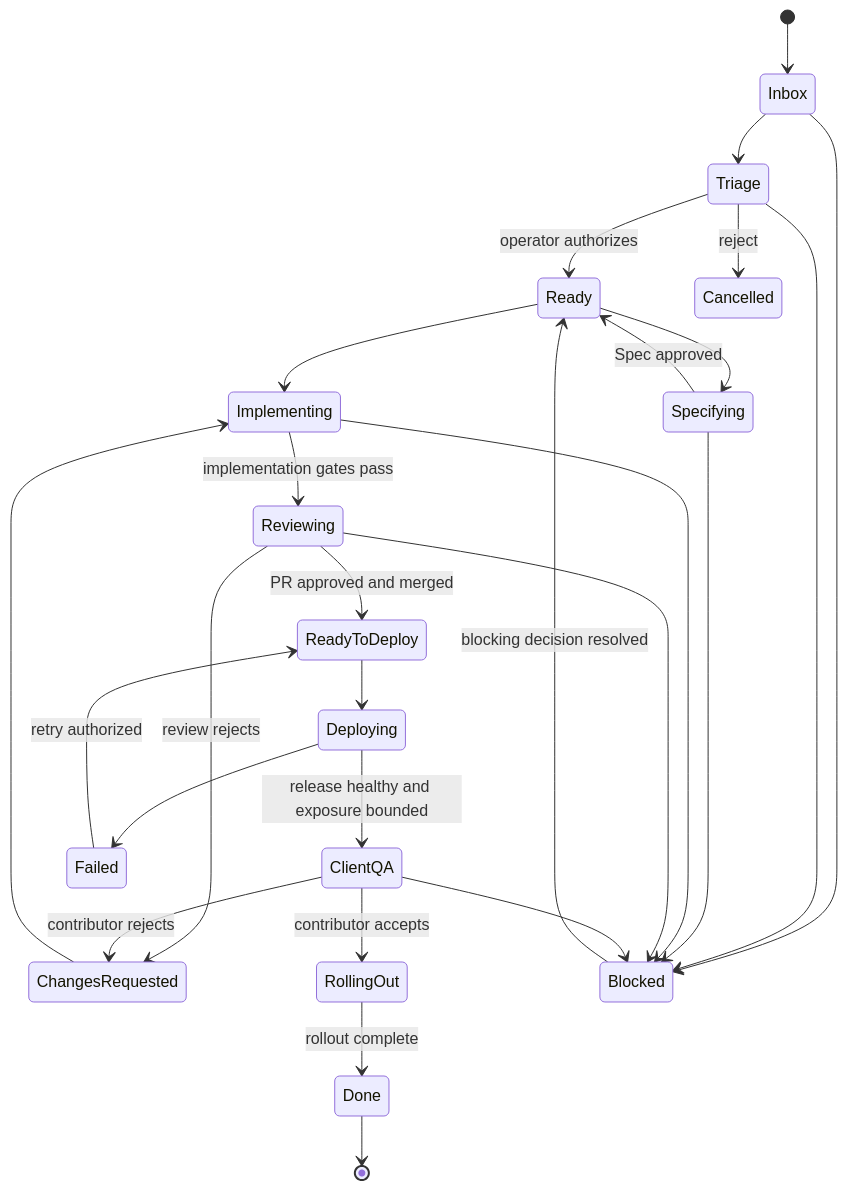
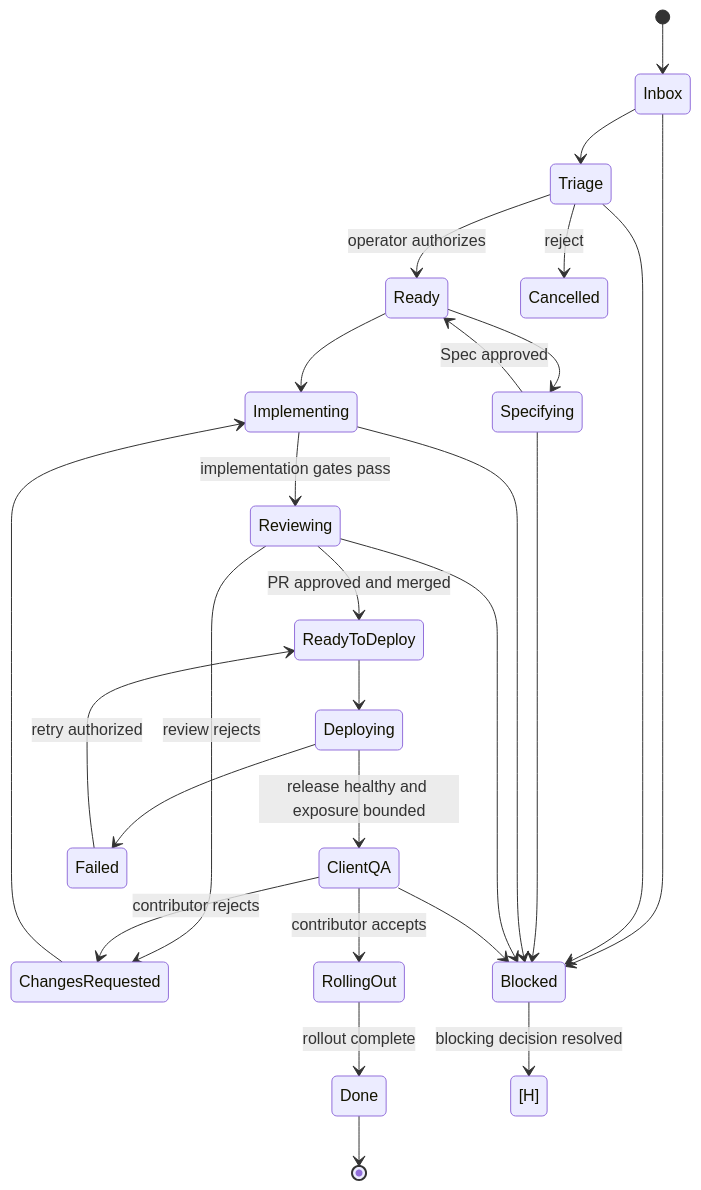
Before and after one commit to marceloamoreno87/workflow-dev-template: the first of 2 diagrams in docs/workflow.md, drawn with Mermaid. The commit also changed other lines of this file, not shown here.

Commit message:
docs(workflow): preserve blocked work state

````diff
--- a/docs/workflow.md
+++ b/docs/workflow.md
@@ -5,29 +5,29 @@
 ```mermaid
 stateDiagram-v2
     [*] --> Inbox
     Inbox --> Triage
     Triage --> Ready: operator authorizes
     Triage --> Cancelled: reject
     Ready --> Specifying
     Specifying --> Ready: Spec approved
     Ready --> Implementing
     Implementing --> Reviewing: implementation gates pass
     Reviewing --> ChangesRequested: review rejects
     ChangesRequested --> Implementing
     Reviewing --> ReadyToDeploy: PR approved and merged
     ReadyToDeploy --> Deploying
     Deploying --> ClientQA: release healthy and exposure bounded
     ClientQA --> ChangesRequested: contributor rejects
     ClientQA --> RollingOut: contributor accepts
     RollingOut --> Done: rollout complete
     Done --> [*]
     Inbox --> Blocked
     Triage --> Blocked
     Specifying --> Blocked
     Implementing --> Blocked
     Reviewing --> Blocked
     Deploying --> Failed
     ClientQA --> Blocked
-    Blocked --> Ready: blocking decision resolved
+    Blocked --> [H]: blocking decision resolved
     Failed --> ReadyToDeploy: retry authorized
 ```
````
